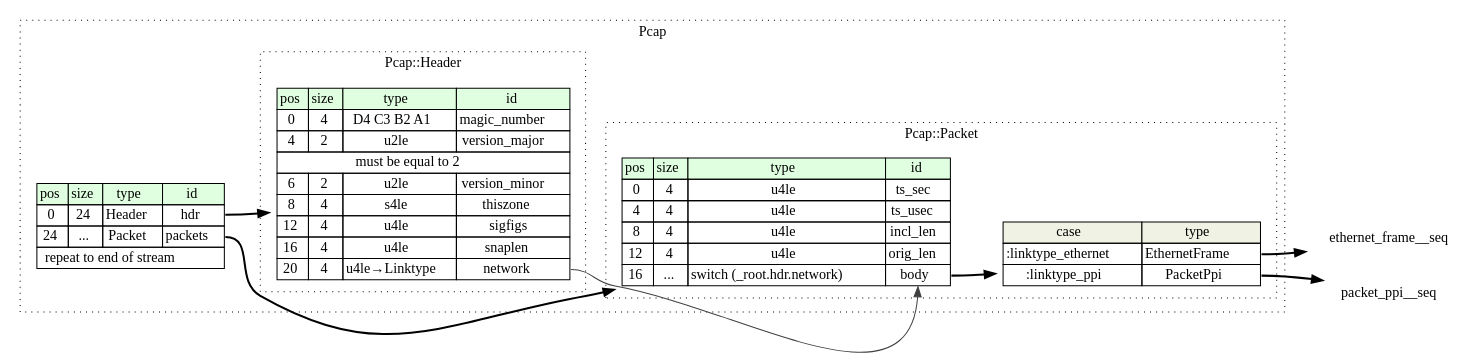
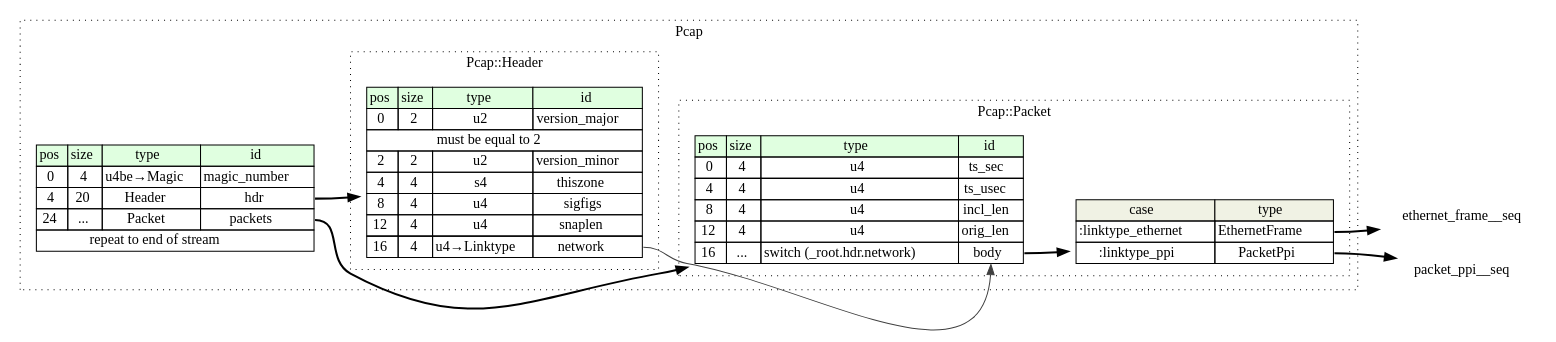
The diagram in pcap/src/graphviz/pcap.dot (kaitai-io/formats-kaitai-io.github.io), drawn with Graphviz before and after one commit. The commit also changed 35 other files, not shown here.

```diff
--- a/pcap/src/graphviz/pcap.dot
+++ b/pcap/src/graphviz/pcap.dot
@@ -1,55 +1,55 @@
 digraph {
 	rankdir=LR;
 	node [shape=plaintext];
 	subgraph cluster__pcap {
 		label="Pcap";
 		graph[style=dotted];
 
 		pcap__seq [label=<<TABLE BORDER="0" CELLBORDER="1" CELLSPACING="0">
 			<TR><TD BGCOLOR="#E0FFE0">pos</TD><TD BGCOLOR="#E0FFE0">size</TD><TD BGCOLOR="#E0FFE0">type</TD><TD BGCOLOR="#E0FFE0">id</TD></TR>
-			<TR><TD PORT="hdr_pos">0</TD><TD PORT="hdr_size">24</TD><TD>Header</TD><TD PORT="hdr_type">hdr</TD></TR>
+			<TR><TD PORT="magic_number_pos">0</TD><TD PORT="magic_number_size">4</TD><TD>u4be→Magic</TD><TD PORT="magic_number_type">magic_number</TD></TR>
+			<TR><TD PORT="hdr_pos">4</TD><TD PORT="hdr_size">20</TD><TD>Header</TD><TD PORT="hdr_type">hdr</TD></TR>
 			<TR><TD PORT="packets_pos">24</TD><TD PORT="packets_size">...</TD><TD>Packet</TD><TD PORT="packets_type">packets</TD></TR>
 			<TR><TD COLSPAN="4" PORT="packets__repeat">repeat to end of stream</TD></TR>
 		</TABLE>>];
 		subgraph cluster__header {
 			label="Pcap::Header";
 			graph[style=dotted];
 
 			header__seq [label=<<TABLE BORDER="0" CELLBORDER="1" CELLSPACING="0">
 				<TR><TD BGCOLOR="#E0FFE0">pos</TD><TD BGCOLOR="#E0FFE0">size</TD><TD BGCOLOR="#E0FFE0">type</TD><TD BGCOLOR="#E0FFE0">id</TD></TR>
-				<TR><TD PORT="magic_number_pos">0</TD><TD PORT="magic_number_size">4</TD><TD>D4 C3 B2 A1</TD><TD PORT="magic_number_type">magic_number</TD></TR>
-				<TR><TD PORT="version_major_pos">4</TD><TD PORT="version_major_size">2</TD><TD>u2le</TD><TD PORT="version_major_type">version_major</TD></TR>
+				<TR><TD PORT="version_major_pos">0</TD><TD PORT="version_major_size">2</TD><TD>u2</TD><TD PORT="version_major_type">version_major</TD></TR>
 				<TR><TD COLSPAN="4" PORT="version_major__valid">must be equal to 2</TD></TR>
-				<TR><TD PORT="version_minor_pos">6</TD><TD PORT="version_minor_size">2</TD><TD>u2le</TD><TD PORT="version_minor_type">version_minor</TD></TR>
-				<TR><TD PORT="thiszone_pos">8</TD><TD PORT="thiszone_size">4</TD><TD>s4le</TD><TD PORT="thiszone_type">thiszone</TD></TR>
-				<TR><TD PORT="sigfigs_pos">12</TD><TD PORT="sigfigs_size">4</TD><TD>u4le</TD><TD PORT="sigfigs_type">sigfigs</TD></TR>
-				<TR><TD PORT="snaplen_pos">16</TD><TD PORT="snaplen_size">4</TD><TD>u4le</TD><TD PORT="snaplen_type">snaplen</TD></TR>
-				<TR><TD PORT="network_pos">20</TD><TD PORT="network_size">4</TD><TD>u4le→Linktype</TD><TD PORT="network_type">network</TD></TR>
+				<TR><TD PORT="version_minor_pos">2</TD><TD PORT="version_minor_size">2</TD><TD>u2</TD><TD PORT="version_minor_type">version_minor</TD></TR>
+				<TR><TD PORT="thiszone_pos">4</TD><TD PORT="thiszone_size">4</TD><TD>s4</TD><TD PORT="thiszone_type">thiszone</TD></TR>
+				<TR><TD PORT="sigfigs_pos">8</TD><TD PORT="sigfigs_size">4</TD><TD>u4</TD><TD PORT="sigfigs_type">sigfigs</TD></TR>
+				<TR><TD PORT="snaplen_pos">12</TD><TD PORT="snaplen_size">4</TD><TD>u4</TD><TD PORT="snaplen_type">snaplen</TD></TR>
+				<TR><TD PORT="network_pos">16</TD><TD PORT="network_size">4</TD><TD>u4→Linktype</TD><TD PORT="network_type">network</TD></TR>
 			</TABLE>>];
 		}
 		subgraph cluster__packet {
 			label="Pcap::Packet";
 			graph[style=dotted];
 
 			packet__seq [label=<<TABLE BORDER="0" CELLBORDER="1" CELLSPACING="0">
 				<TR><TD BGCOLOR="#E0FFE0">pos</TD><TD BGCOLOR="#E0FFE0">size</TD><TD BGCOLOR="#E0FFE0">type</TD><TD BGCOLOR="#E0FFE0">id</TD></TR>
-				<TR><TD PORT="ts_sec_pos">0</TD><TD PORT="ts_sec_size">4</TD><TD>u4le</TD><TD PORT="ts_sec_type">ts_sec</TD></TR>
-				<TR><TD PORT="ts_usec_pos">4</TD><TD PORT="ts_usec_size">4</TD><TD>u4le</TD><TD PORT="ts_usec_type">ts_usec</TD></TR>
-				<TR><TD PORT="incl_len_pos">8</TD><TD PORT="incl_len_size">4</TD><TD>u4le</TD><TD PORT="incl_len_type">incl_len</TD></TR>
-				<TR><TD PORT="orig_len_pos">12</TD><TD PORT="orig_len_size">4</TD><TD>u4le</TD><TD PORT="orig_len_type">orig_len</TD></TR>
+				<TR><TD PORT="ts_sec_pos">0</TD><TD PORT="ts_sec_size">4</TD><TD>u4</TD><TD PORT="ts_sec_type">ts_sec</TD></TR>
+				<TR><TD PORT="ts_usec_pos">4</TD><TD PORT="ts_usec_size">4</TD><TD>u4</TD><TD PORT="ts_usec_type">ts_usec</TD></TR>
+				<TR><TD PORT="incl_len_pos">8</TD><TD PORT="incl_len_size">4</TD><TD>u4</TD><TD PORT="incl_len_type">incl_len</TD></TR>
+				<TR><TD PORT="orig_len_pos">12</TD><TD PORT="orig_len_size">4</TD><TD>u4</TD><TD PORT="orig_len_type">orig_len</TD></TR>
 				<TR><TD PORT="body_pos">16</TD><TD PORT="body_size">...</TD><TD>switch (_root.hdr.network)</TD><TD PORT="body_type">body</TD></TR>
 			</TABLE>>];
 packet__seq_body_switch [label=<<TABLE BORDER="0" CELLBORDER="1" CELLSPACING="0">
 	<TR><TD BGCOLOR="#F0F2E4">case</TD><TD BGCOLOR="#F0F2E4">type</TD></TR>
 	<TR><TD>:linktype_ethernet</TD><TD PORT="case0">EthernetFrame</TD></TR>
 	<TR><TD>:linktype_ppi</TD><TD PORT="case1">PacketPpi</TD></TR>
 </TABLE>>];
 		}
 	}
 	pcap__seq:hdr_type -> header__seq [style=bold];
 	pcap__seq:packets_type -> packet__seq [style=bold];
 	packet__seq:body_type -> packet__seq_body_switch [style=bold];
 	packet__seq_body_switch:case0 -> ethernet_frame__seq [style=bold];
 	packet__seq_body_switch:case1 -> packet_ppi__seq [style=bold];
 	header__seq:network_type -> packet__seq:body_type [color="#404040"];
 }
```
